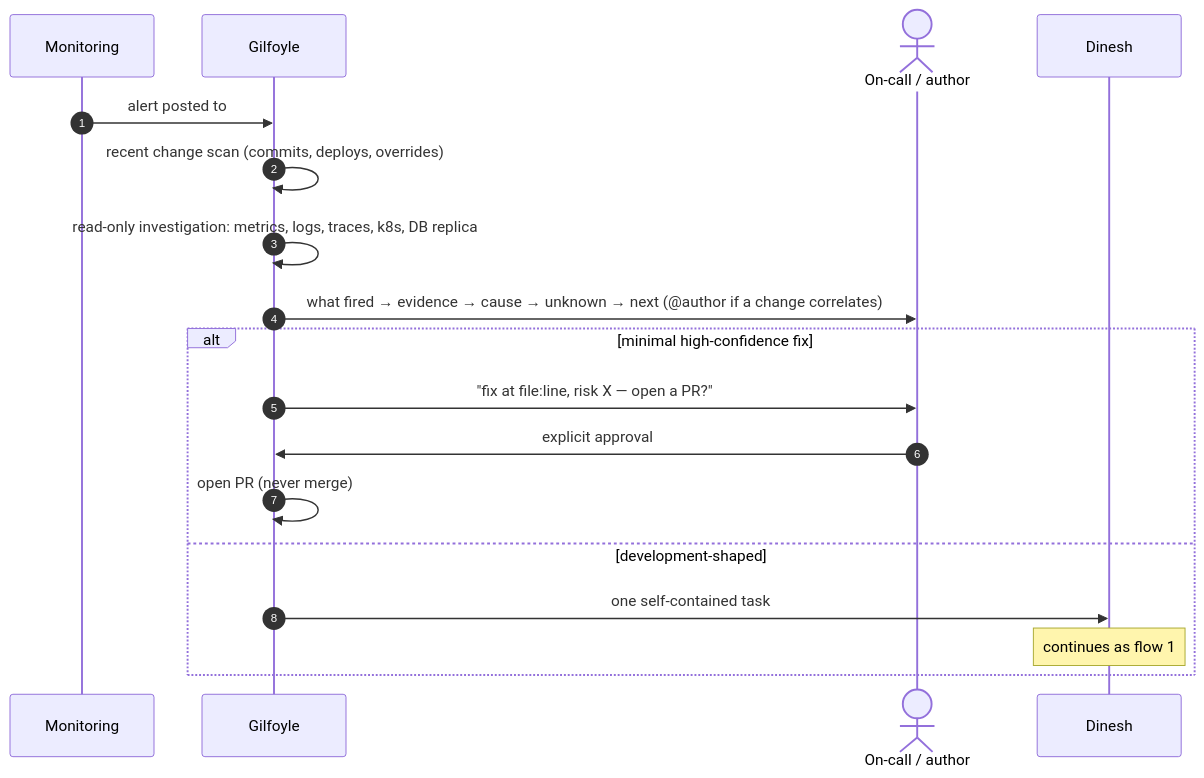
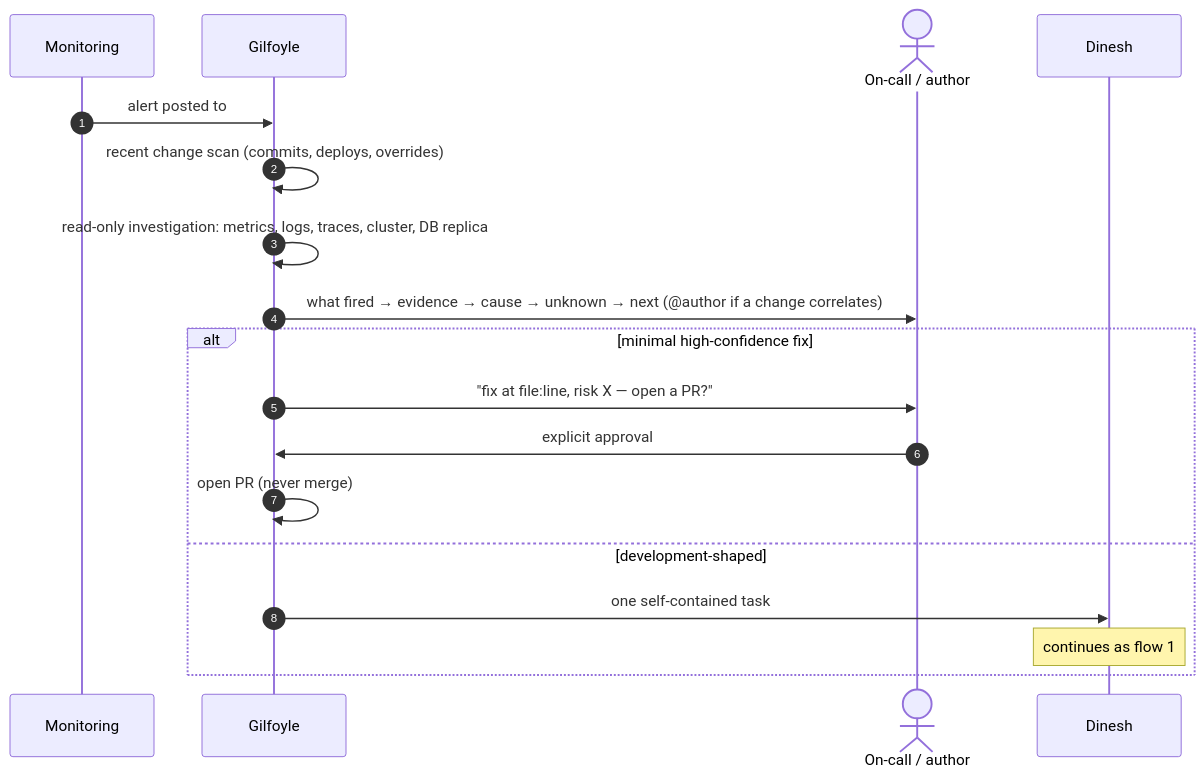
The second of 4 diagrams in playbook/03-flows.md (kineto-app/silicon-valley), drawn with Mermaid before and after one commit. The commit also changed 11 other files, not shown here.

````diff
--- a/playbook/03-flows.md
+++ b/playbook/03-flows.md
@@ -53,21 +53,21 @@
 ```mermaid
 sequenceDiagram
     autonumber
     participant M as Monitoring
     participant G as Gilfoyle
     actor O as On-call / author
     participant N as Dinesh
 
     M->>G: alert posted to #alerts
     G->>G: recent change scan (commits, deploys, overrides)
-    G->>G: read-only investigation: metrics, logs, traces, k8s, DB replica
+    G->>G: read-only investigation: metrics, logs, traces, cluster, DB replica
     G->>O: what fired → evidence → cause → unknown → next (@author if a change correlates)
     alt minimal high-confidence fix
         G->>O: "fix at file:line, risk X — open a PR?"
         O->>G: explicit approval
         G->>G: open PR (never merge)
     else development-shaped
         G->>N: one self-contained task
         Note over N: continues as flow 1
     end
 ```
````
